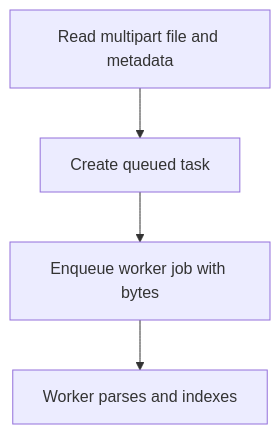
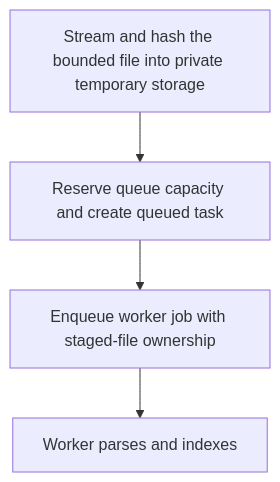
Before and after one commit to dickwu/nowledge: the diagram in doc/api/post_v1_ingest_uploads.md, drawn with Mermaid. The commit also changed other lines of this file and 44 other files, not shown here.

````diff
--- a/doc/api/post_v1_ingest_uploads.md
+++ b/doc/api/post_v1_ingest_uploads.md
@@ -24,8 +48,8 @@
 ```mermaid
 flowchart TD
-  n1["Read multipart file and metadata"]
-  n2["Create queued task"]
-  n3["Enqueue worker job with bytes"]
+  n1["Stream and hash the bounded file into private temporary storage"]
+  n2["Reserve queue capacity and create queued task"]
+  n3["Enqueue worker job with staged-file ownership"]
   n4["Worker parses and indexes"]
   n1 --> n2 --> n3 --> n4
 ```
````
